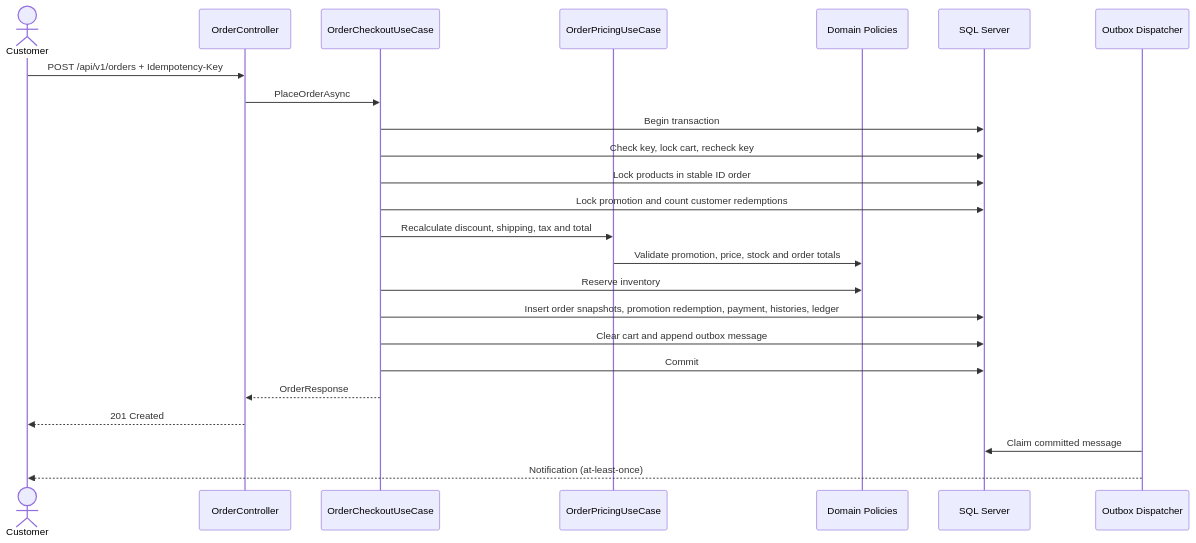
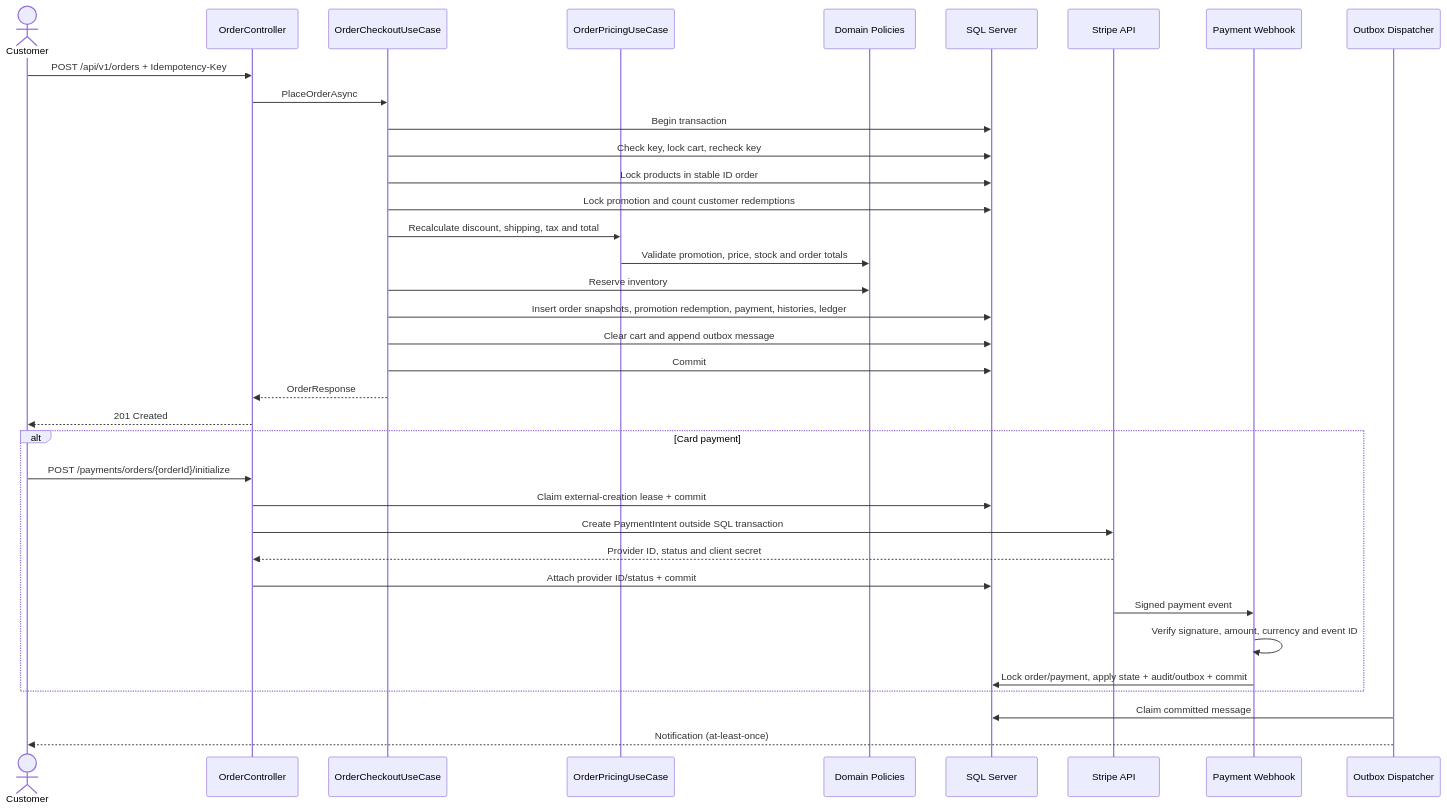
The second of 4 diagrams in docs/SEQUENCES.md (Giapnocap/ECommerceBackend), drawn with Mermaid before and after one commit. The commit also changed other lines of this file and 27 other files, not shown here.

````diff
--- a/docs/SEQUENCES.md
+++ b/docs/SEQUENCES.md
@@ -34,27 +34,39 @@
 ```mermaid
 sequenceDiagram
     actor Customer
     participant API as OrderController
     participant Checkout as OrderCheckoutUseCase
     participant Pricing as OrderPricingUseCase
     participant Rules as Domain Policies
     participant DB as SQL Server
+    participant Stripe as Stripe API
+    participant Webhook as Payment Webhook
     participant Outbox as Outbox Dispatcher
 
     Customer->>API: POST /api/v1/orders + Idempotency-Key
     API->>Checkout: PlaceOrderAsync
     Checkout->>DB: Begin transaction
     Checkout->>DB: Check key, lock cart, recheck key
     Checkout->>DB: Lock products in stable ID order
     Checkout->>DB: Lock promotion and count customer redemptions
     Checkout->>Pricing: Recalculate discount, shipping, tax and total
     Pricing->>Rules: Validate promotion, price, stock and order totals
     Checkout->>Rules: Reserve inventory
     Checkout->>DB: Insert order snapshots, promotion redemption, payment, histories, ledger
     Checkout->>DB: Clear cart and append outbox message
     Checkout->>DB: Commit
     Checkout-->>API: OrderResponse
     API-->>Customer: 201 Created
+    alt Card payment
+        Customer->>API: POST /payments/orders/{orderId}/initialize
+        API->>DB: Claim external-creation lease + commit
+        API->>Stripe: Create PaymentIntent outside SQL transaction
+        Stripe-->>API: Provider ID, status and client secret
+        API->>DB: Attach provider ID/status + commit
+        Stripe->>Webhook: Signed payment event
+        Webhook->>Webhook: Verify signature, amount, currency and event ID
+        Webhook->>DB: Lock order/payment, apply state + audit/outbox + commit
+    end
     Outbox->>DB: Claim committed message
     Outbox-->>Customer: Notification (at-least-once)
 ```
````
